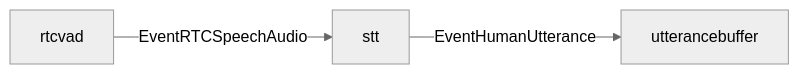
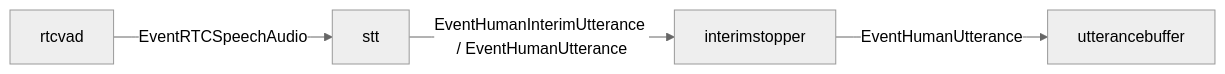
One commit to tetetratra/smart-speaker changed the diagram in docs/components/stt.md. Above: the diagram before and after it, drawn with Mermaid (neutral theme). The commit also changed other lines of this file and 3 other files, not shown here.

````diff
--- a/docs/components/stt.md
+++ b/docs/components/stt.md
@@ -22,5 +24,6 @@
 ```mermaid
 flowchart LR
   VAD["rtcvad"] -->|"EventRTCSpeechAudio"| STT["stt"]
-  STT -->|"EventHumanUtterance"| UB["utterancebuffer"]
+  STT -->|"EventHumanInterimUtterance / EventHumanUtterance"| IS["interimstopper"]
+  IS -->|"EventHumanUtterance"| UB["utterancebuffer"]
 ```
````
